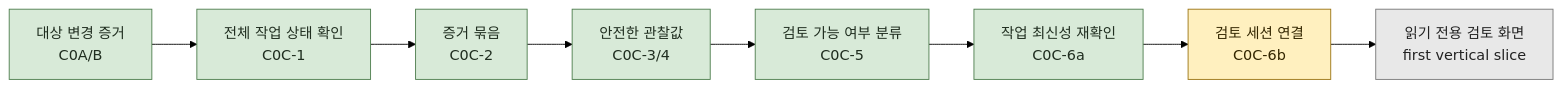
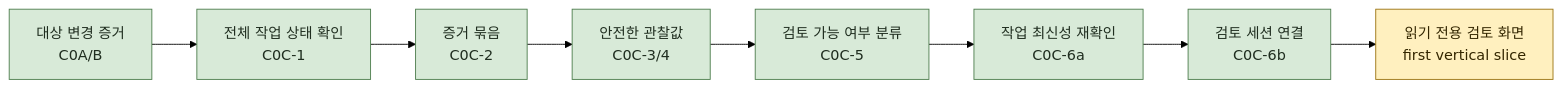
Before and after one commit to 1412moo/jarvis-core: the second of 2 diagrams in docs/master-plan.md, drawn with Mermaid (forest theme). The commit also changed other lines of this file and 2 other files, not shown here.

````diff
--- a/docs/master-plan.md
+++ b/docs/master-plan.md
@@ -129,17 +129,16 @@
 ```mermaid
 flowchart LR
     A["대상 변경 증거<br/>C0A/B"] --> B["전체 작업 상태 확인<br/>C0C-1"]
     B --> C["증거 묶음<br/>C0C-2"]
     C --> D["안전한 관찰값<br/>C0C-3/4"]
     D --> E["검토 가능 여부 분류<br/>C0C-5"]
     E --> F["작업 최신성 재확인<br/>C0C-6a"]
     F --> G["검토 세션 연결<br/>C0C-6b"]
     G --> H["읽기 전용 검토 화면<br/>first vertical slice"]
 
     classDef done fill:#d8ead8,stroke:#4d7d4d,color:#1f2d1f;
     classDef current fill:#fff0bf,stroke:#9b7412,color:#332600;
     classDef future fill:#e8e8e8,stroke:#777,color:#222;
-    class A,B,C,D,E,F done;
-    class G current;
-    class H future;
+    class A,B,C,D,E,F,G done;
+    class H current;
 ```
````
